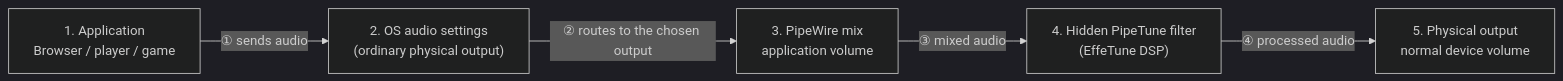
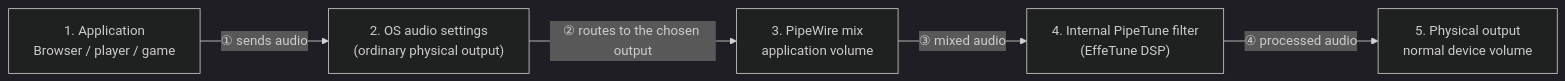
Before and after one commit to kekyo/pipetune: the diagram in README.md, drawn with Mermaid (dark theme). The commit also changed other lines of this file and 10 other files, not shown here.

````diff
--- a/README.md
+++ b/README.md
@@ -136,13 +136,13 @@
 ```mermaid
 flowchart LR
     app["1. Application<br/>Browser / player / game"]
     os["2. OS audio settings<br/>(ordinary physical output)"]
     mix["3. PipeWire mix<br/>application volume"]
-    tune["4. Hidden PipeTune filter<br/>(EffeTune DSP)"]
+    tune["4. Internal PipeTune filter<br/>(EffeTune DSP)"]
     device["5. Physical output<br/>normal device volume"]
 
     app -->|"① sends audio"| os
     os -->|"② routes to the chosen output"| mix
     mix -->|"③ mixed audio"| tune
     tune -->|"④ processed audio"| device
 ```
````
